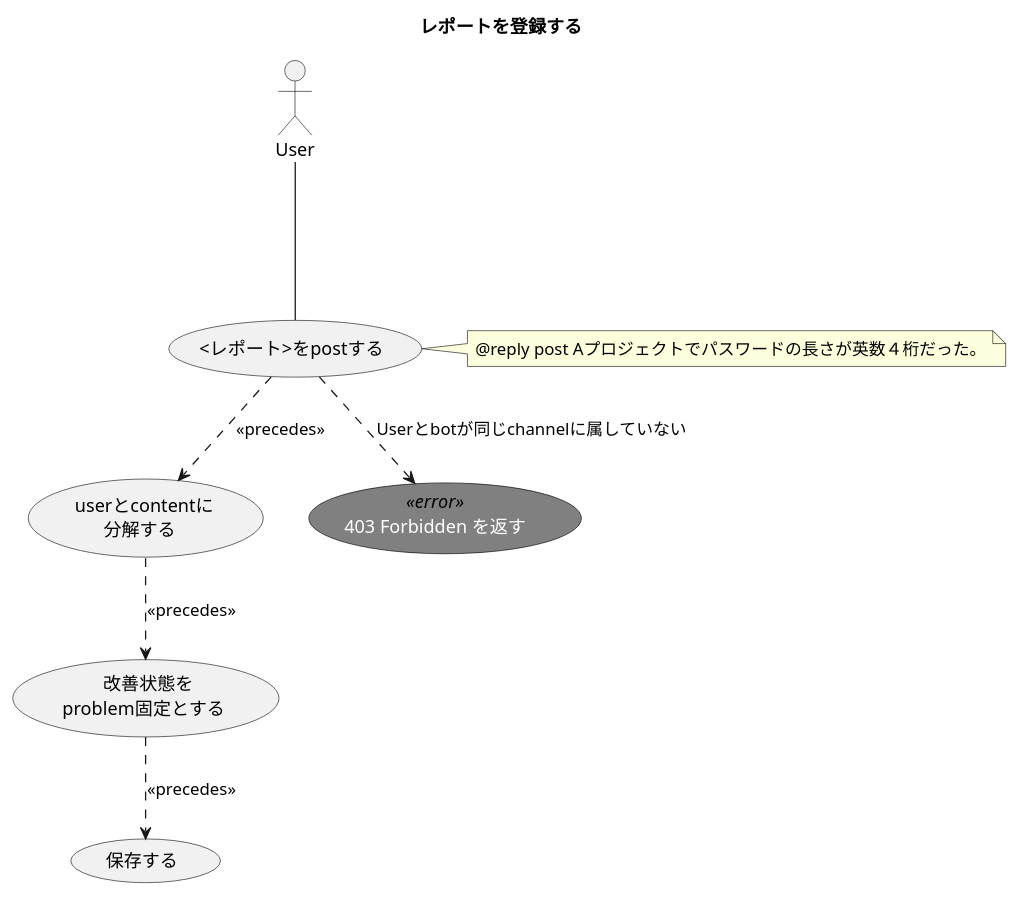
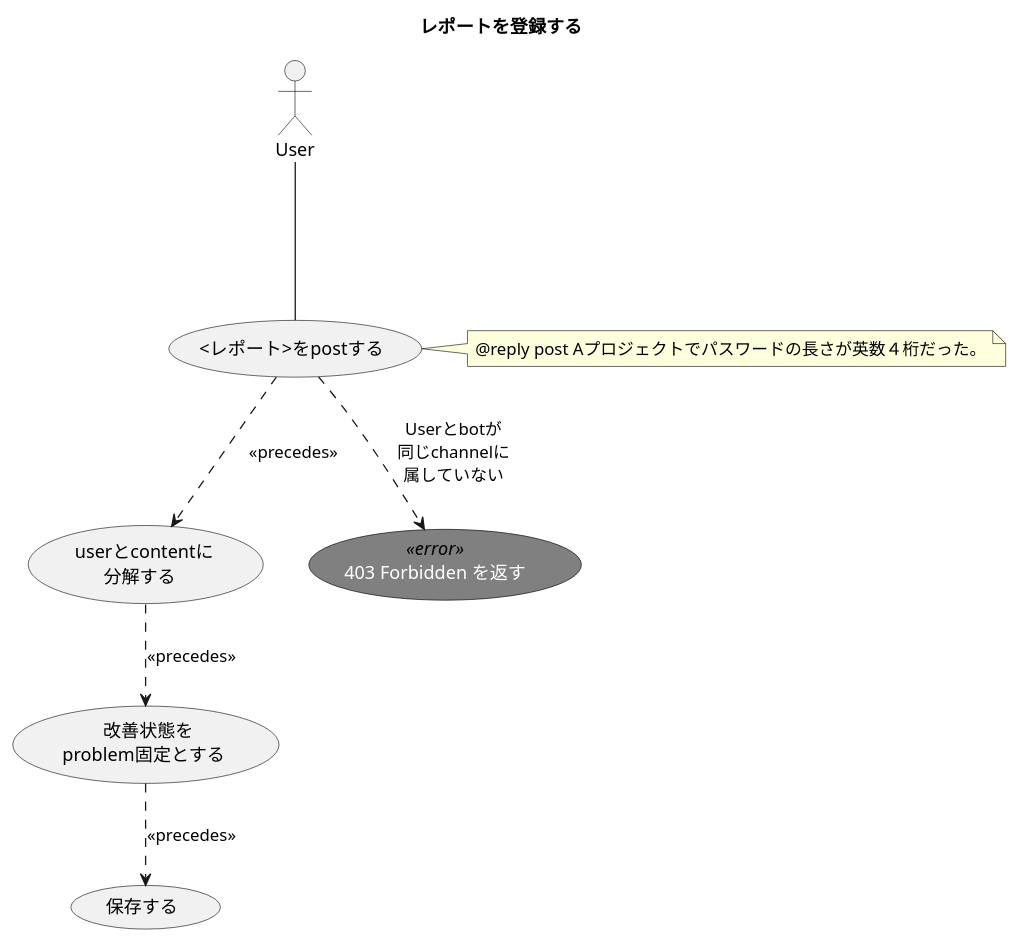
Before and after one commit to ito-masam/kpt-guard.doc: the diagram in 1.design/2.usecases/post-report-new.md, drawn with PlantUML. The commit also changed 6 other files, not shown here.

```diff
--- a/1.design/2.usecases/post-report-new.md
+++ b/1.design/2.usecases/post-report-new.md
@@ -1,29 +1,29 @@
 @startuml
 
     ' ----------- meta
     title レポートを登録する
 
     skinparam usecase {
       FontColor<<error>> white
       FontName<<error>> Verdana
       BackgroundColor<<error>> gray
       BorderColor<<error>> black
     }
 
     actor User
 
     ' ----------- main
     User --- ( <レポート>をpostする )
     ( <レポート>をpostする ) ..> ( userとcontentに\n分解する ) : << precedes >>
     ( userとcontentに\n分解する ) ..> ( 改善状態を\nproblem固定とする ) : << precedes >>
     ( 改善状態を\nproblem固定とする ) ..> ( 保存する ) : << precedes >>
 
     note right of ( <レポート>をpostする )
       @reply post Aプロジェクトでパスワードの長さが英数４桁だった。
     end note
 
     ' ----------- alternative
     ( 403 Forbidden を返す ) <<error>>
-    ( <レポート>をpostする ) ..> ( 403 Forbidden を返す ) : Userとbotが同じchannelに属していない
+    ( <レポート>をpostする ) ..> ( 403 Forbidden を返す ) : Userとbotが\n同じchannelに\n属していない
 
 @enduml
```
